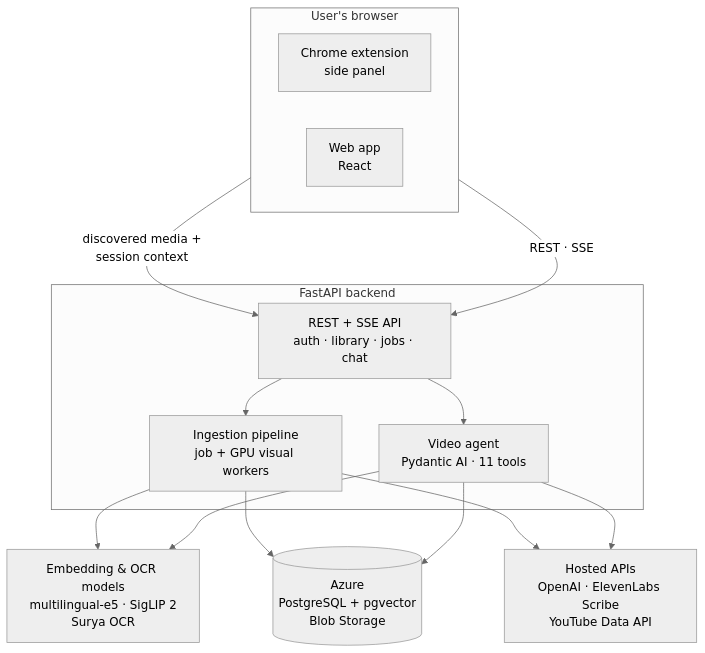
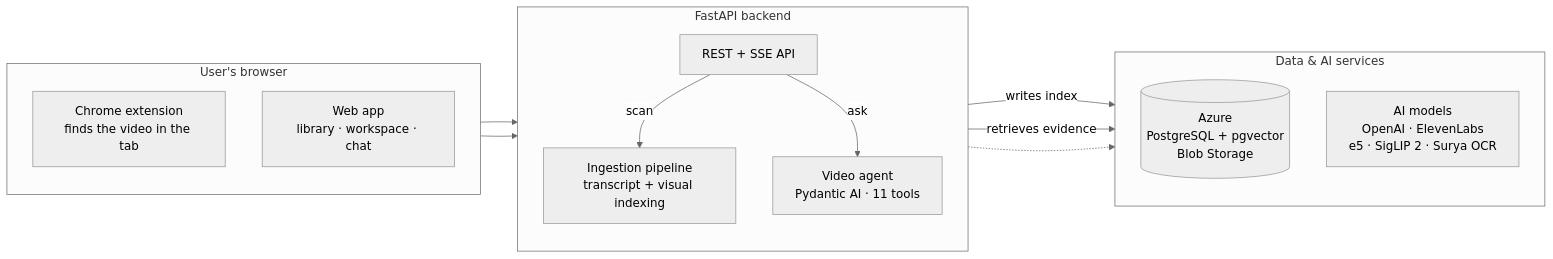
The first of 3 diagrams in README.md (shachar-bz/VidSeek-AI), drawn with Mermaid (neutral theme) before and after one commit. The commit also changed other lines of this file and 1 other file, not shown here.

Commit message:
Lead with the extension and simplify the architecture diagram
Move the extension and ingestion section directly after the overview,
drop the engineering quality section while keeping the repository map
link and setup steps, and redraw the architecture as a left-to-right
flow: clients, the API with its scan and ask paths, then storage and
AI models. Leave the video build folders out of the repository map.

````diff
--- a/README.md
+++ b/README.md
@@ -60,29 +99,29 @@
 ```mermaid
-flowchart TB
-  subgraph Browser["User's browser"]
-    direction LR
-    EXT["Chrome extension<br/>side panel"]
-    WEB["Web app<br/>React"]
+flowchart LR
+  subgraph Clients["User's browser"]
+    direction TB
+    EXT["Chrome extension<br/>finds the video in the tab"]
+    WEB["Web app<br/>library · workspace · chat"]
   end
 
   subgraph Backend["FastAPI backend"]
-    API["REST + SSE API<br/>auth · library · jobs · chat"]
-    JOBS["Ingestion pipeline<br/>job + GPU visual workers"]
+    direction TB
+    API["REST + SSE API"]
+    ING["Ingestion pipeline<br/>transcript + visual indexing"]
     AGENT["Video agent<br/>Pydantic AI · 11 tools"]
-    API --> JOBS
-    API --> AGENT
   end
 
-  MODELS["Embedding & OCR models<br/>multilingual-e5 · SigLIP 2<br/>Surya OCR"]
-  AZURE[("Azure<br/>PostgreSQL + pgvector<br/>Blob Storage")]
-  HOSTED["Hosted APIs<br/>OpenAI · ElevenLabs Scribe<br/>YouTube Data API"]
+  subgraph Services["Data & AI services"]
+    direction TB
+    DB[("Azure<br/>PostgreSQL + pgvector<br/>Blob Storage")]
+    AI["AI models<br/>OpenAI · ElevenLabs<br/>e5 · SigLIP 2 · Surya OCR"]
+  end
 
-  EXT -- "discovered media +<br/>session context" --> API
-  WEB -- "REST · SSE" --> API
-  JOBS --> MODELS
-  JOBS --> AZURE
-  JOBS --> HOSTED
-  AGENT --> MODELS
-  AGENT --> AZURE
-  AGENT --> HOSTED
+  EXT --> API
+  WEB --> API
+  API -- "scan" --> ING
+  API -- "ask" --> AGENT
+  ING -- "writes index" --> DB
+  AGENT -- "retrieves evidence" --> DB
+  Backend -.-> AI
 ```
````
